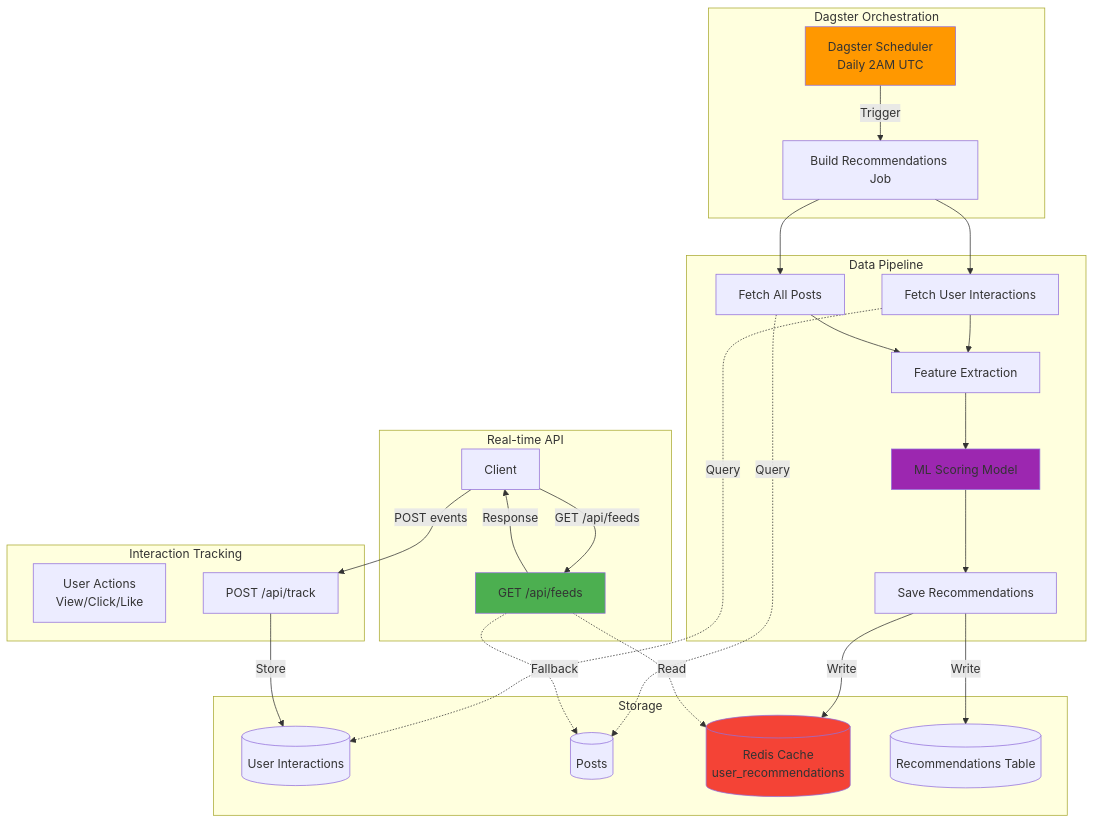
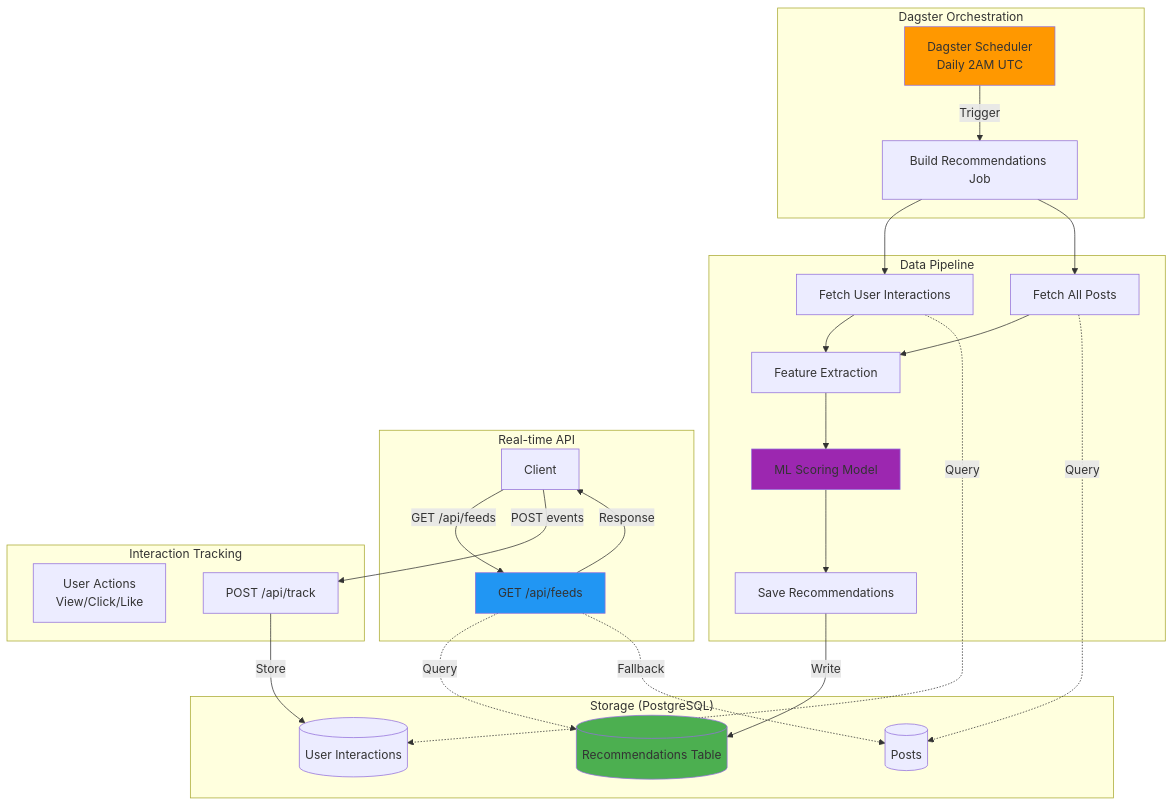
One commit to unknowntpo/threads-nextjs changed the second of 3 diagrams in docs/RECOMMENDATION_SYSTEM.md. Above: the diagram before and after it, drawn with Mermaid. The commit also changed other lines of this file, not shown here.

First line of the commit message:
docs: update Phase 2 to use PostgreSQL-only architecture

````diff
--- a/docs/RECOMMENDATION_SYSTEM.md
+++ b/docs/RECOMMENDATION_SYSTEM.md
@@ -69,59 +69,57 @@
 ```mermaid
 graph TB
     subgraph "Dagster Orchestration"
         Scheduler["Dagster Scheduler<br/>Daily 2AM UTC"]
         BuildJob[Build Recommendations Job]
 
         Scheduler -->|Trigger| BuildJob
     end
 
     subgraph "Data Pipeline"
         FetchInteractions[Fetch User Interactions]
         FetchPosts[Fetch All Posts]
         FeatureExtraction[Feature Extraction]
         MLScoring[ML Scoring Model]
         SaveReco[Save Recommendations]
 
         BuildJob --> FetchInteractions
         BuildJob --> FetchPosts
         FetchInteractions --> FeatureExtraction
         FetchPosts --> FeatureExtraction
         FeatureExtraction --> MLScoring
         MLScoring --> SaveReco
     end
 
-    subgraph "Storage"
+    subgraph "Storage (PostgreSQL)"
         InteractionsDB[("User Interactions")]
         PostsDB[("Posts")]
-        RecoCache[("Redis Cache<br/>user_recommendations")]
         RecoDB[("Recommendations Table")]
 
         FetchInteractions -.->|Query| InteractionsDB
         FetchPosts -.->|Query| PostsDB
-        SaveReco -->|Write| RecoCache
         SaveReco -->|Write| RecoDB
     end
 
     subgraph "Real-time API"
         Client[Client]
         FeedAPI["GET /api/feeds"]
 
         Client -->|GET /api/feeds| FeedAPI
-        FeedAPI -.->|Read| RecoCache
+        FeedAPI -.->|Query| RecoDB
         FeedAPI -.->|Fallback| PostsDB
         FeedAPI -->|Response| Client
     end
 
     subgraph "Interaction Tracking"
         UserActions["User Actions<br/>View/Click/Like"]
         TrackingAPI["POST /api/track"]
 
         Client -->|POST events| TrackingAPI
         TrackingAPI -->|Store| InteractionsDB
     end
 
     style Scheduler fill:#FF9800
     style MLScoring fill:#9C27B0
-    style RecoCache fill:#F44336
-    style FeedAPI fill:#4CAF50
+    style RecoDB fill:#4CAF50
+    style FeedAPI fill:#2196F3
 ```
````
